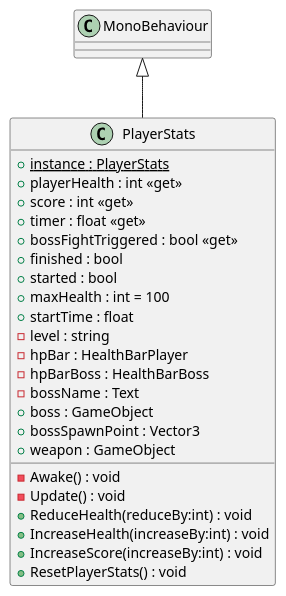
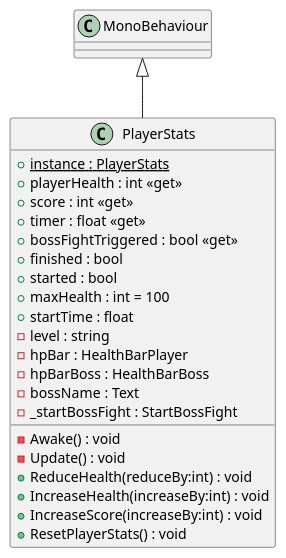
One commit to JustACupOfTea/hashtagsavetheocean changed the diagram in Assets/Scripts/UML/PlayerStats.puml. Above: the diagram before and after it, drawn with PlantUML. The commit also changed 12 other files, not shown here.

Commit message:
final plantuml

```diff
--- a/Assets/Scripts/UML/PlayerStats.puml
+++ b/Assets/Scripts/UML/PlayerStats.puml
@@ -1,27 +1,25 @@
 @startuml
 class PlayerStats {
     + {static} instance : PlayerStats
     + playerHealth : int <<get>>
     + score : int <<get>>
     + timer : float <<get>>
     + bossFightTriggered : bool <<get>>
     + finished : bool
     + started : bool
     + maxHealth : int = 100
     + startTime : float
     - level : string
     - hpBar : HealthBarPlayer
     - hpBarBoss : HealthBarBoss
     - bossName : Text
-    + boss : GameObject
-    + bossSpawnPoint : Vector3
-    + weapon : GameObject
+    - _startBossFight : StartBossFight
     - Awake() : void
     - Update() : void
     + ReduceHealth(reduceBy:int) : void
     + IncreaseHealth(increaseBy:int) : void
     + IncreaseScore(increaseBy:int) : void
     + ResetPlayerStats() : void
 }
 MonoBehaviour <|-- PlayerStats
 @enduml
```
